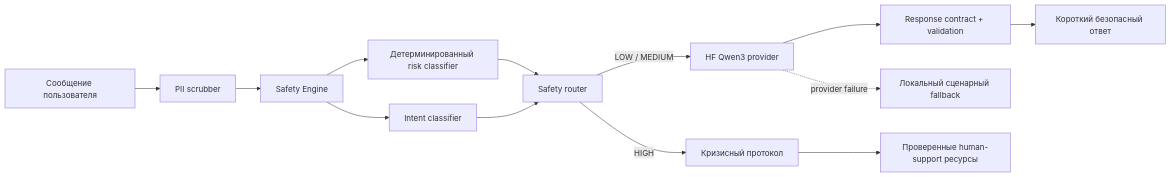
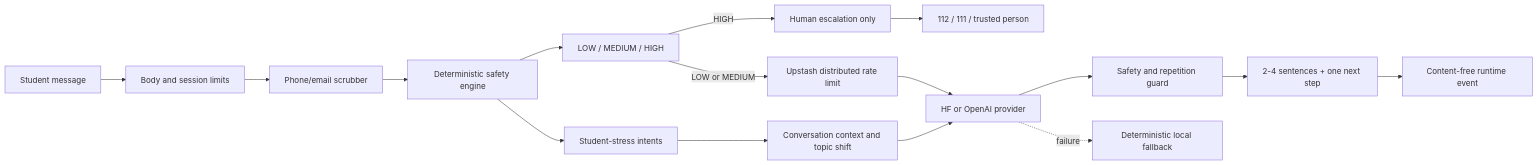
Before and after one commit to azimxxd/firststep: the diagram in README.md, drawn with Mermaid. The commit also changed other lines of this file and 32 other files, not shown here.

````diff
--- a/README.md
+++ b/README.md
@@ -26,15 +41,18 @@
 ```mermaid
 flowchart LR
-  User[Сообщение пользователя] --> PII[PII scrubber]
-  PII --> Safety[Safety Engine]
-  Safety --> Risk[Детерминированный risk classifier]
-  Safety --> Intent[Intent classifier]
-  Risk --> Router[Safety router]
-  Intent --> Router
-  Router -->|LOW / MEDIUM| AI[HF Qwen3 provider]
-  AI --> Guard[Response contract + validation]
-  Guard --> Reply[Короткий безопасный ответ]
-  Router -->|HIGH| Crisis[Кризисный протокол]
-  Crisis --> Human[Проверенные human-support ресурсы]
-  AI -. provider failure .-> Fallback[Локальный сценарный fallback]
+  User[Student message] --> Validate[Body and session limits]
+  Validate --> PII[Phone/email scrubber]
+  PII --> Safety[Deterministic safety engine]
+  Safety --> Risk[LOW / MEDIUM / HIGH]
+  Safety --> Intent[Student-stress intents]
+  Intent --> Context[Conversation context and topic shift]
+  Risk -->|HIGH| Crisis[Human escalation only]
+  Crisis --> Resources[112 / 111 / trusted person]
+  Risk -->|LOW or MEDIUM| Limit[Upstash distributed rate limit]
+  Limit --> Provider[HF or OpenAI provider]
+  Context --> Provider
+  Provider --> Guard[Safety and repetition guard]
+  Guard --> Reply[2-4 sentences + one next step]
+  Reply --> Logs[Content-free runtime event]
+  Provider -. failure .-> Local[Deterministic local fallback]
 ```
````
